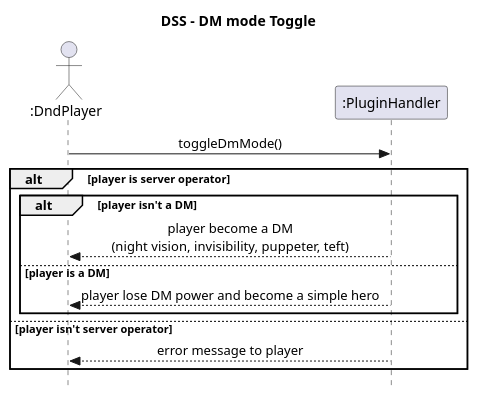
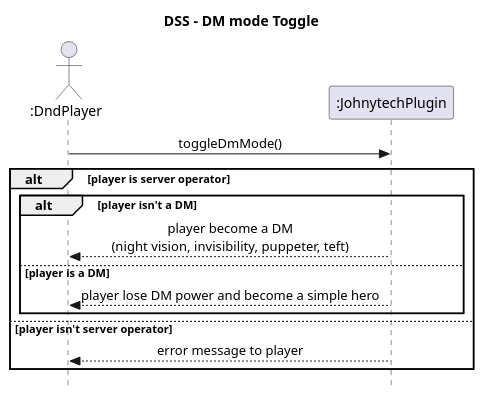
Before and after one commit to Jean-Lamarre/Johnytech6s_Plugin: the diagram in docs/Model/dss-dm-mode-toggle.plantuml, drawn with PlantUML. The commit also changed 1 other file, not shown here.

```diff
--- a/docs/Model/dss-dm-mode-toggle.plantuml
+++ b/docs/Model/dss-dm-mode-toggle.plantuml
@@ -1,22 +1,22 @@
 @startuml
 skinparam style strictuml
 skinparam defaultfontname Verdana
 skinparam sequence {
     MessageAlign center
 }
 title DSS - DM mode Toggle
 actor ":DndPlayer" as dndP
-participant ":PluginHandler" as plugin
+participant ":JohnytechPlugin" as plugin
 
 dndP -> plugin : toggleDmMode()
 alt player is server operator
 alt player isn't a DM
 plugin --> dndP : player become a DM\n(night vision, invisibility, puppeter, teft)
 else player is a DM
 plugin --> dndP : player lose DM power and become a simple hero
 end alt
 else player isn't server operator
 plugin --> dndP : error message to player
 end
 
 @enduml
```
